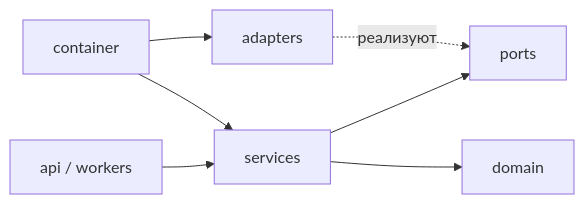
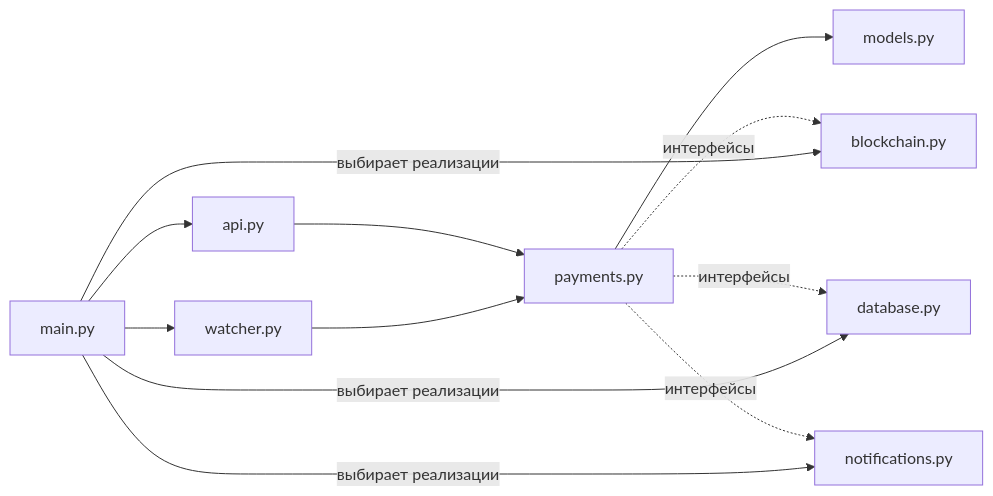
Before and after one commit to AslanTabaldiev/Cryptopay: the second of 2 diagrams in docs/04-class.md, drawn with Mermaid. The commit also changed other lines of this file and 60 other files, not shown here.

````diff
--- a/docs/04-class.md
+++ b/docs/04-class.md
@@ -192,9 +186,14 @@
 ```mermaid
 flowchart LR
-    API[api / workers] --> Services[services]
-    Services --> Ports[ports]
-    Services --> Domain[domain]
-    Adapters[adapters] -. реализуют .-> Ports
-    Container[container] --> Adapters
-    Container --> Services
+    api[api.py] --> payments[payments.py]
+    watcher[watcher.py] --> payments
+    payments --> models[models.py]
+    payments -. интерфейсы .-> blockchain[blockchain.py]
+    payments -. интерфейсы .-> database[database.py]
+    payments -. интерфейсы .-> notifications[notifications.py]
+    main[main.py] --> api
+    main --> watcher
+    main -->|выбирает реализации| blockchain
+    main -->|выбирает реализации| database
+    main -->|выбирает реализации| notifications
 ```
````
